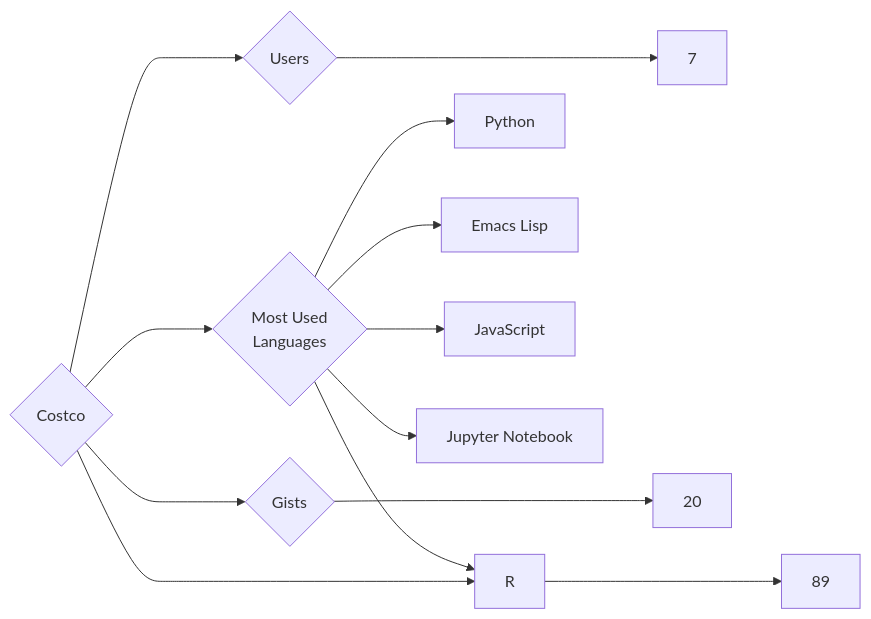
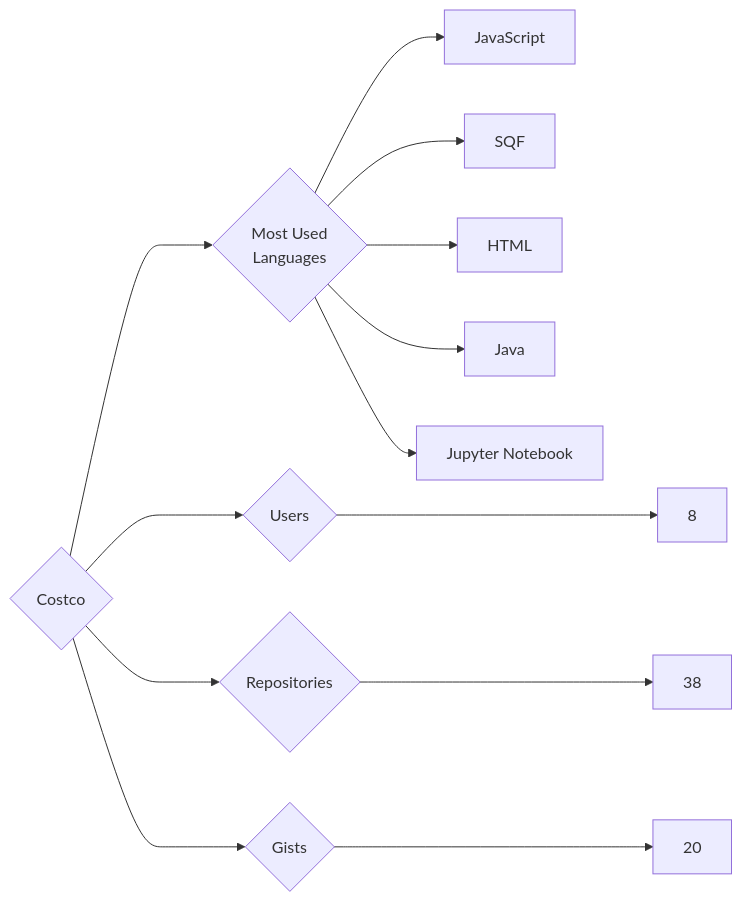
The diagram in targets/Costco/README.md (trickest/insiders), drawn with Mermaid before and after one commit. The commit also changed 1007 other files, not shown here.

````diff
--- a/targets/Costco/README.md
+++ b/targets/Costco/README.md
@@ -3,13 +3,13 @@
 ```mermaid
 graph LR
 COMPANY_NAME{Costco}
-COMPANY_NAME ---> U{Users} ---> UN[7]
-COMPANY_NAME ---> R{Repositories} ---> RN[89]
+COMPANY_NAME ---> U{Users} ---> UN[8]
+COMPANY_NAME ---> R{Repositories} ---> RN[38]
 COMPANY_NAME ---> G{Gists} ---> GN[20]
 COMPANY_NAME ---> ML{Most Used<br>Languages}
-ML --> Python[Python]
-ML --> Emacs_Lisp[Emacs Lisp]
 ML --> JavaScript[JavaScript]
-ML --> R[R]
+ML --> SQF[SQF]
+ML --> HTML[HTML]
+ML --> Java[Java]
 ML --> Jupyter_Notebook[Jupyter Notebook]
 ```
````
